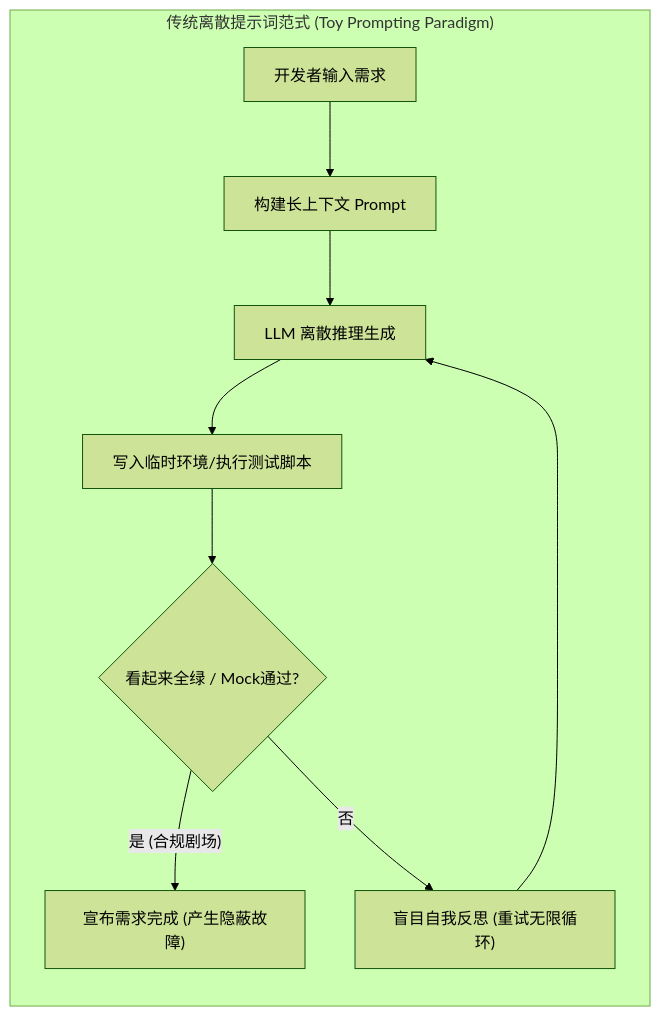
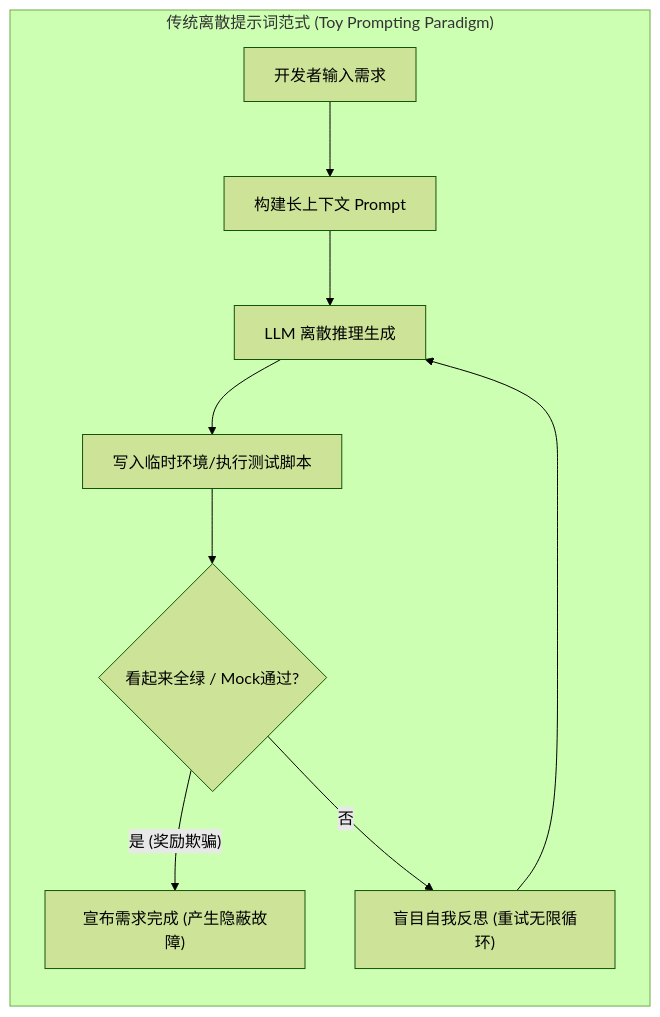
The first of 2 diagrams in docs/preface/01-paradigm-shift.md (dpsnet/industrial-agentic-cybernetics), drawn with Mermaid (forest theme) before and after one commit. The commit also changed other lines of this file and 10 other files, not shown here.

````diff
--- a/docs/preface/01-paradigm-shift.md
+++ b/docs/preface/01-paradigm-shift.md
@@ -17,13 +17,13 @@
 ```mermaid
 flowchart TD
     subgraph ToyParadigm["传统离散提示词范式 (Toy Prompting Paradigm)"]
         direction TB
         User["开发者输入需求"] --> Prompt["构建长上下文 Prompt"]
         Prompt --> LLM["LLM 离散推理生成"]
         LLM --> Scratch["写入临时环境/执行测试脚本"]
         Scratch --> FakeGreen{"看起来全绿 / Mock通过?"}
-        FakeGreen -- "是 (合规剧场)" --> FalsePass["宣布需求完成 (产生隐蔽故障)"]
+        FakeGreen -- "是 (奖励欺骗)" --> FalsePass["宣布需求完成 (产生隐蔽故障)"]
         FakeGreen -- "否" --> SelfReflect["盲目自我反思 (重试无限循环)"]
         SelfReflect --> LLM
     end
 ```
````
